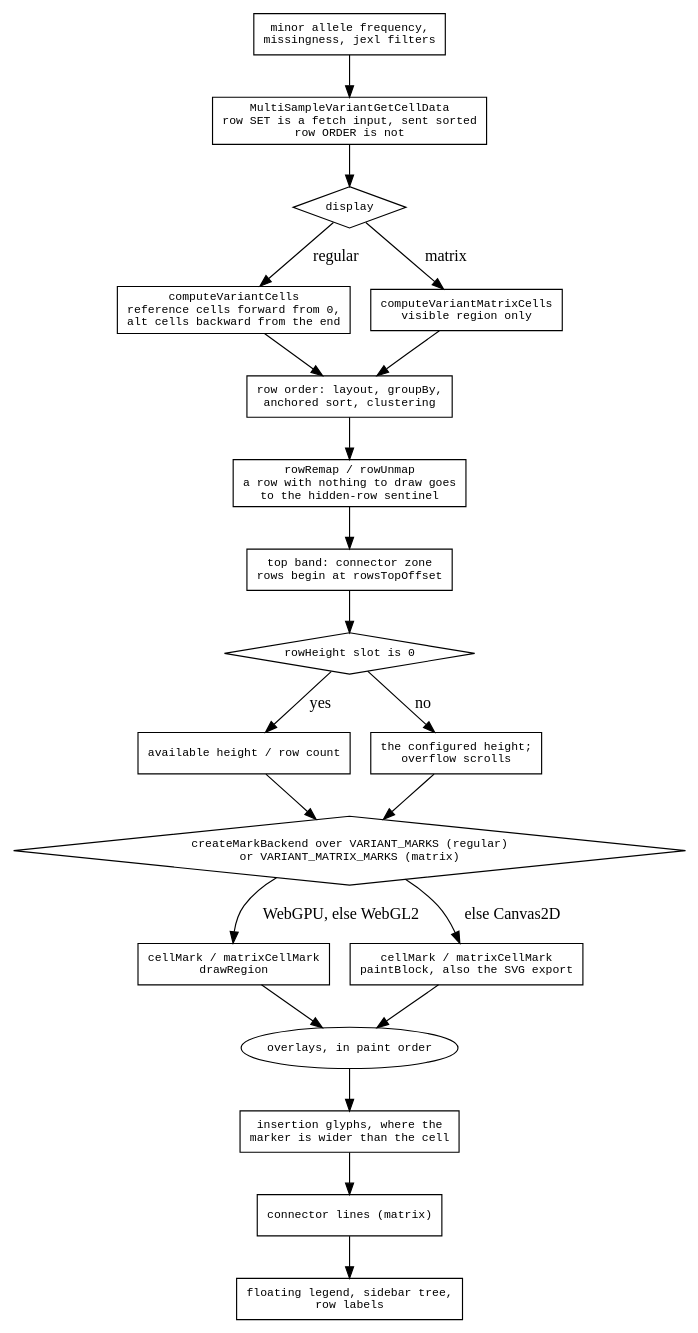
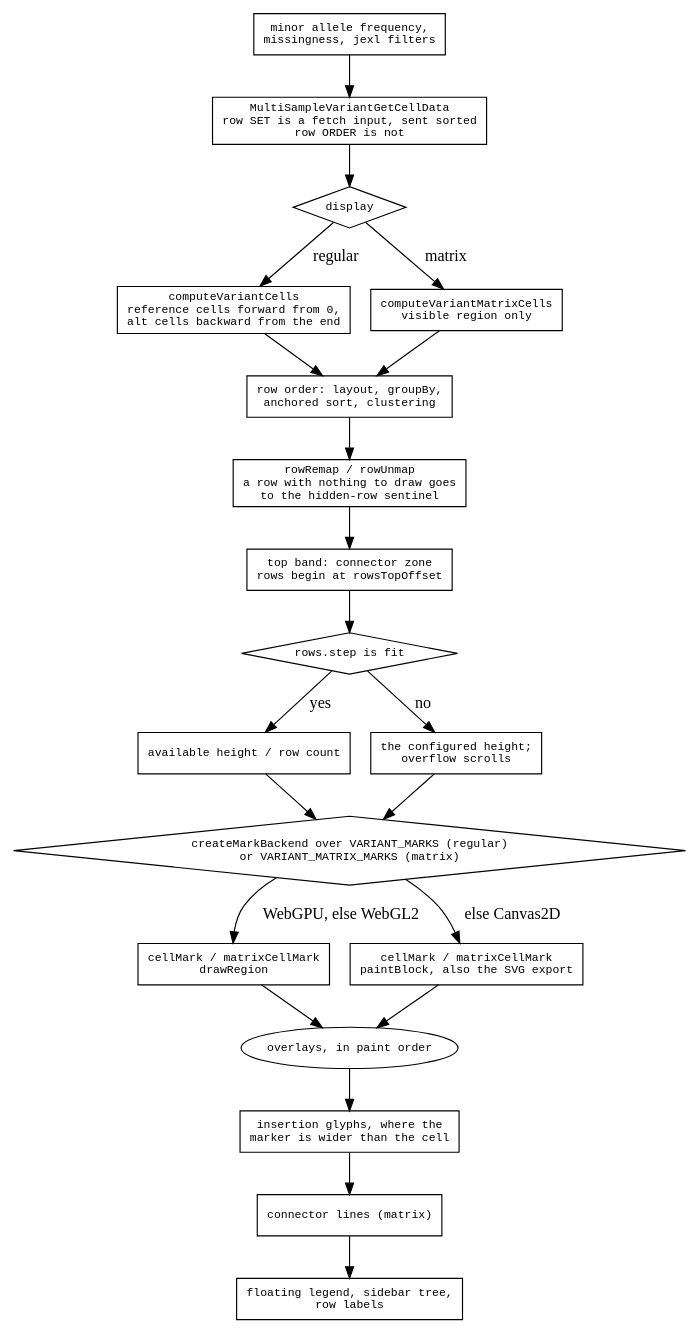
The diagram in agent-docs/reference/diagrams/variants-draw.dot (GMOD/jbrowse-components), drawn with Graphviz before and after one commit. The commit also changed 82 other files, not shown here.

First line of the commit message:
rows.step: the row height is a member of rows, "fit" by default (ADR-257 step 3, step)

```diff
--- a/agent-docs/reference/diagrams/variants-draw.dot
+++ b/agent-docs/reference/diagrams/variants-draw.dot
@@ -1,43 +1,43 @@
 digraph variant_draw {
   rankdir=TB
   node [shape=box fontname=monospace fontsize=10]
   { node [shape=diamond] mode; fit; backend }
 
   filters [label="minor allele frequency,\nmissingness, jexl filters"]
   rpc     [label="MultiSampleVariantGetCellData\nrow SET is a fetch input, sent sorted\nrow ORDER is not"]
   filters -> rpc -> mode
 
   mode [label="display"]
   mode -> cells  [label=" regular"]
   mode -> mcells [label=" matrix"]
   cells  [label="computeVariantCells\nreference cells forward from 0,\nalt cells backward from the end"]
   mcells [label="computeVariantMatrixCells\nvisible region only"]
 
   order [label="row order: layout, groupBy,\nanchored sort, clustering"]
   cells -> order  mcells -> order
 
   remap [label="rowRemap / rowUnmap\na row with nothing to draw goes\nto the hidden-row sentinel"]
   order -> remap -> bands
 
   bands [label="top band: connector zone\nrows begin at rowsTopOffset"]
   bands -> fit
-  fit [label="rowHeight slot is 0"]
+  fit [label="rows.step is fit"]
   fit -> fitauto [label=" yes"]
   fit -> fitconf [label=" no"]
   fitauto [label="available height / row count"]
   fitconf [label="the configured height;\noverflow scrolls"]
   fitauto -> backend  fitconf -> backend
 
   backend [label="createMarkBackend over VARIANT_MARKS (regular)\nor VARIANT_MATRIX_MARKS (matrix)"]
   backend -> gpu [label=" WebGPU, else WebGL2"]
   backend -> c2d [label=" else Canvas2D"]
   gpu [label="cellMark / matrixCellMark\ndrawRegion"]
   c2d [label="cellMark / matrixCellMark\npaintBlock, also the SVG export"]
 
   overlays [label="overlays, in paint order", shape=oval]
   gpu -> overlays  c2d -> overlays
   overlays -> glyphs -> conn -> legend
   glyphs [label="insertion glyphs, where the\nmarker is wider than the cell"]
   conn   [label="connector lines (matrix)"]
   legend [label="floating legend, sidebar tree,\nrow labels"]
 }
```
